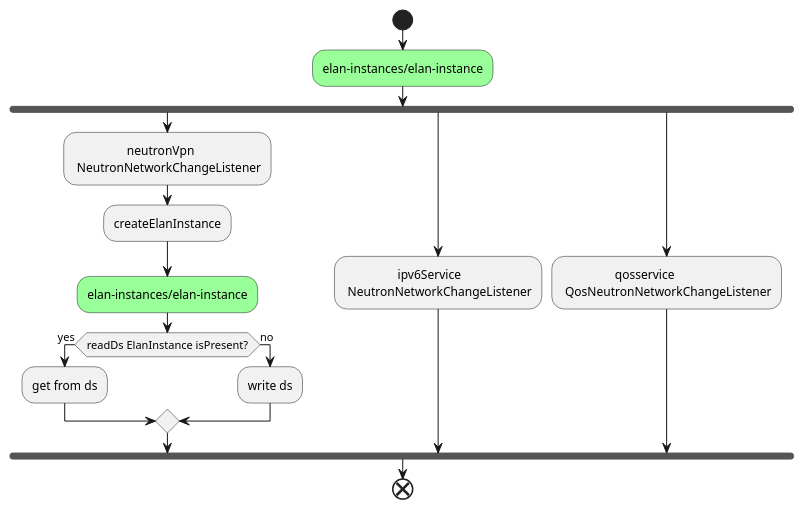
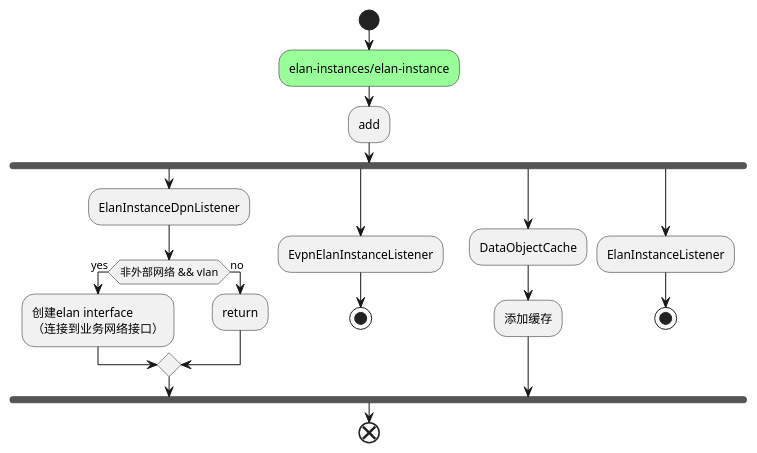
The second of 6 diagrams in 框架/odl/netvirt/网络.md (jiangwei618/vuepress-them-from-reco), drawn with PlantUML before and after one commit. The commit also changed other lines of this file and 4 other files, not shown here.

````diff
--- a/框架/odl/netvirt/网络.md
+++ b/框架/odl/netvirt/网络.md
@@ -68,25 +59,28 @@
 ```plantuml
 @startuml
 start
-     #99FF99:elan-instances/elan-instance; 
+    #99FF99:elan-instances/elan-instance;
+    :add; 
     fork
-        :                 neutronVpn \n NeutronNetworkChangeListener; 
-        :createElanInstance;
-        #99FF99:elan-instances/elan-instance;
-        if (readDs ElanInstance isPresent?) then (yes)
-            :get from ds; 
+        :ElanInstanceDpnListener; 
+        if (非外部网络 && vlan) then (yes)
+            :创建elan interface \n（连接到业务网络接口）; 
         else (no)
-            :write ds;
+            :return;
         endif
-        
     fork again
-        :                 ipv6Service \n NeutronNetworkChangeListener;
+        :EvpnElanInstanceListener;
+        stop;
     fork again
-        :                 qosservice \n QosNeutronNetworkChangeListener;
+        :DataObjectCache;
+        :添加缓存;
+    fork again
+        :ElanInstanceListener;
+        stop;  
     end fork
     
 end
 
 @enduml
 
 ```
````
